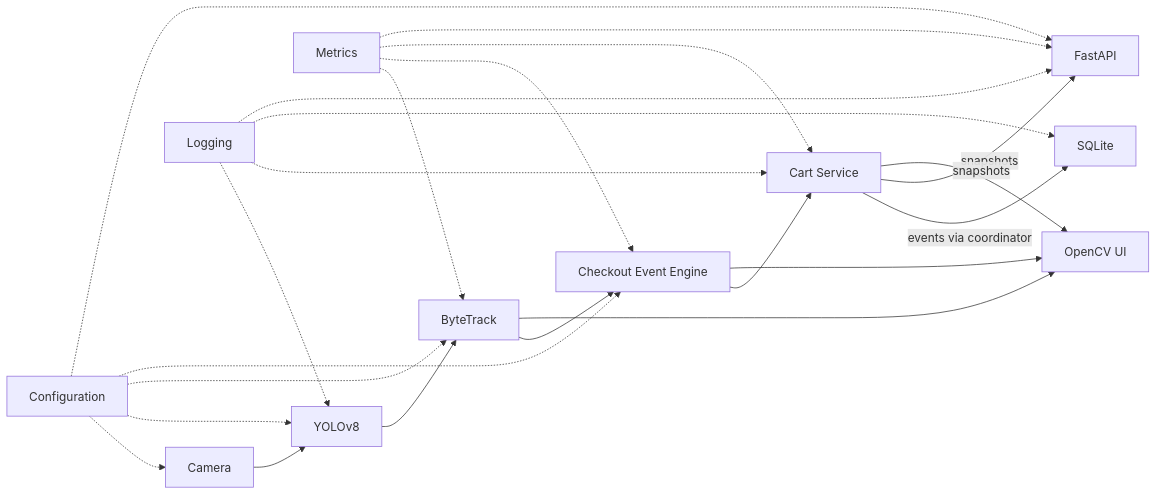
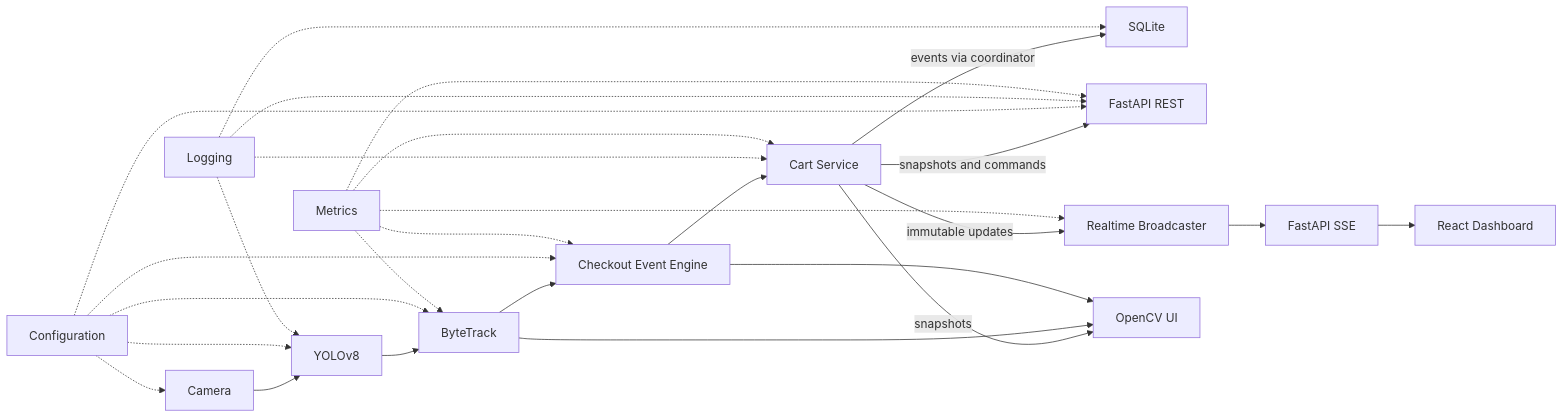
Before and after one commit to SHUBHANGSUDHANSU/smart-retail-checkout: the diagram in README.md, drawn with Mermaid. The commit also changed other lines of this file and 13 other files, not shown here.

````diff
--- a/README.md
+++ b/README.md
@@ -40,27 +40,31 @@
 ```mermaid
 flowchart LR
     Camera["Camera"] --> YOLO["YOLOv8"]
     YOLO --> ByteTrack["ByteTrack"]
     ByteTrack --> EventEngine["Checkout Event Engine"]
     EventEngine --> Cart["Cart Service"]
 
     Cart -->|"events via coordinator"| SQLite["SQLite"]
-    Cart -->|"snapshots"| API["FastAPI"]
+    Cart -->|"snapshots and commands"| API["FastAPI REST"]
+    Cart -->|"immutable updates"| Realtime["Realtime Broadcaster"]
+    Realtime --> SSE["FastAPI SSE"]
+    SSE --> React["React Dashboard"]
     Cart -->|"snapshots"| UI["OpenCV UI"]
     ByteTrack --> UI
     EventEngine --> UI
 
     Config["Configuration"] -.-> Camera
     Config -.-> YOLO
     Config -.-> ByteTrack
     Config -.-> EventEngine
     Config -.-> API
     Logging["Logging"] -.-> YOLO
     Logging -.-> Cart
     Logging -.-> SQLite
     Logging -.-> API
     Metrics["Metrics"] -.-> ByteTrack
     Metrics -.-> EventEngine
     Metrics -.-> Cart
     Metrics -.-> API
+    Metrics -.-> Realtime
 ```
````
